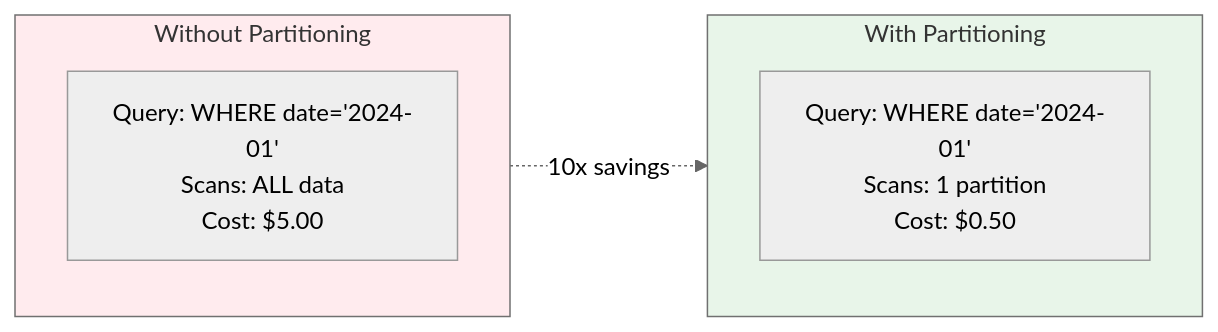
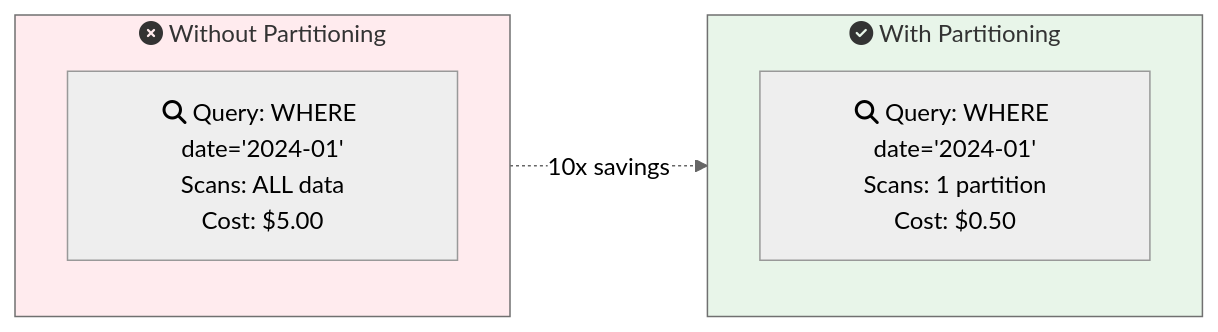
The second of 3 diagrams in aws-ml-associate-prep/15-athena-analysis/LAB.md (vinu76jsr/aws-sample-projects), drawn with Mermaid (neutral theme) before and after one commit. The commit also changed other lines of this file and 15 other files, not shown here.

First line of the commit message:
Add Font Awesome icons to all Mermaid diagrams

````diff
--- a/aws-ml-associate-prep/15-athena-analysis/LAB.md
+++ b/aws-ml-associate-prep/15-athena-analysis/LAB.md
@@ -52,15 +52,15 @@
 ```mermaid
 flowchart LR
-    subgraph Before["Without Partitioning"]
-        B1[Query: WHERE date='2024-01'<br/>Scans: ALL data<br/>Cost: $5.00]
+    subgraph Before["fa:fa-times-circle Without Partitioning"]
+        B1[fa:fa-search Query: WHERE date='2024-01'<br/>Scans: ALL data<br/>Cost: $5.00]
     end
 
-    subgraph After["With Partitioning"]
-        A1[Query: WHERE date='2024-01'<br/>Scans: 1 partition<br/>Cost: $0.50]
+    subgraph After["fa:fa-check-circle With Partitioning"]
+        A1[fa:fa-search Query: WHERE date='2024-01'<br/>Scans: 1 partition<br/>Cost: $0.50]
     end
 
     Before -.->|10x savings| After
 
     style Before fill:#ffebee
     style After fill:#e8f5e9
 ```
````
